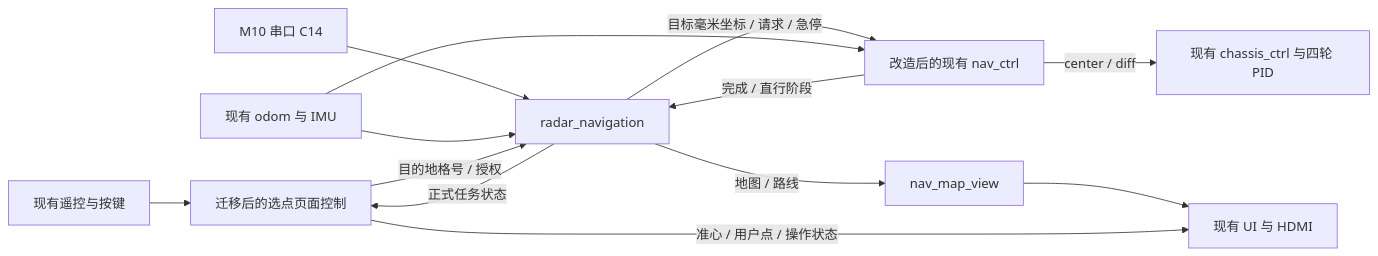
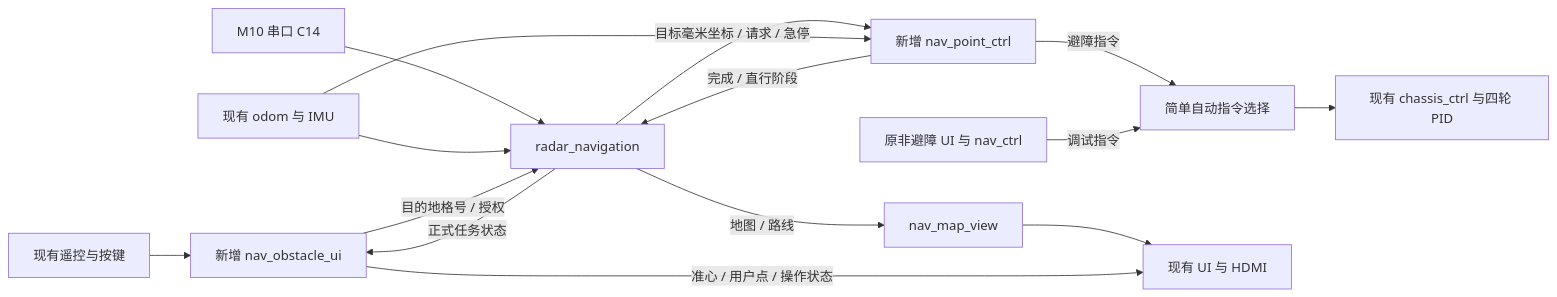
The diagram in doc/自动导航接入方案.md (FPGA-FALCONS/FALCONS-embodied-robot), drawn with Mermaid before and after one commit. The commit also changed other lines of this file and 11 other files, not shown here.

````diff
--- a/doc/自动导航接入方案.md
+++ b/doc/自动导航接入方案.md
@@ -86,15 +86,17 @@
 ```mermaid
 flowchart LR
-    RC[现有遥控与按键] --> UI[迁移后的选点页面控制]
+    RC[现有遥控与按键] --> UI[新增 nav_obstacle_ui]
     RX[M10 串口 C14] --> RN[radar_navigation]
     POSE[现有 odom 与 IMU] --> RN
     UI -->|目的地格号 / 授权| RN
-    RN -->|目标毫米坐标 / 请求 / 急停| CTRL[改造后的现有 nav_ctrl]
+    RN -->|目标毫米坐标 / 请求 / 急停| CTRL[新增 nav_point_ctrl]
     CTRL -->|完成 / 直行阶段| RN
     POSE --> CTRL
-    CTRL -->|center / diff| CH[现有 chassis_ctrl 与四轮 PID]
+    CTRL -->|避障指令| SELECT[简单自动指令选择]
+    FREE[原非避障 UI 与 nav_ctrl] -->|调试指令| SELECT
+    SELECT --> CH[现有 chassis_ctrl 与四轮 PID]
     RN -->|地图 / 路线| VIEW[nav_map_view]
     VIEW --> VIDEO[现有 UI 与 HDMI]
     UI -->|准心 / 用户点 / 操作状态| VIDEO
     RN -->|正式任务状态| UI
 ```
````
